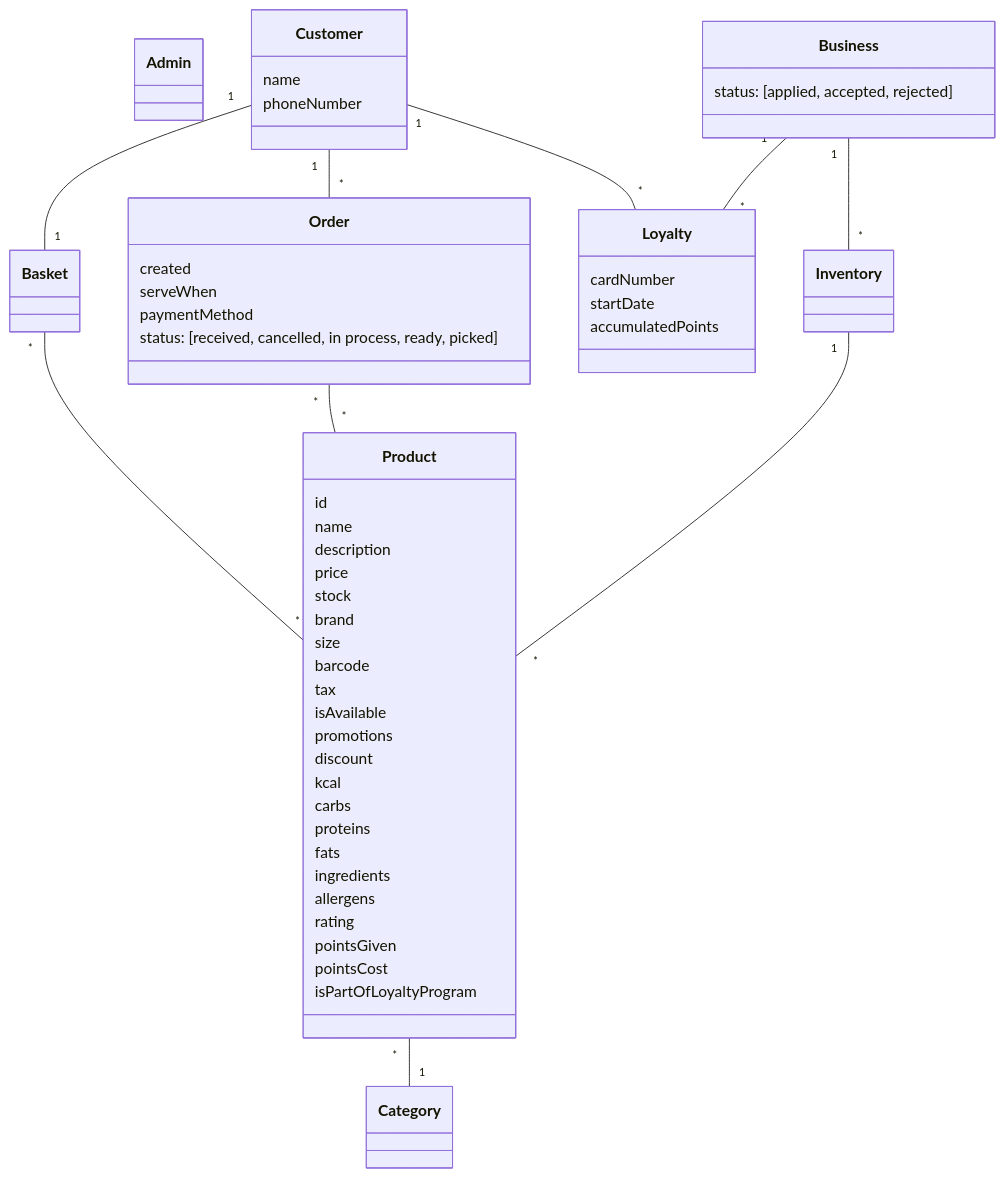
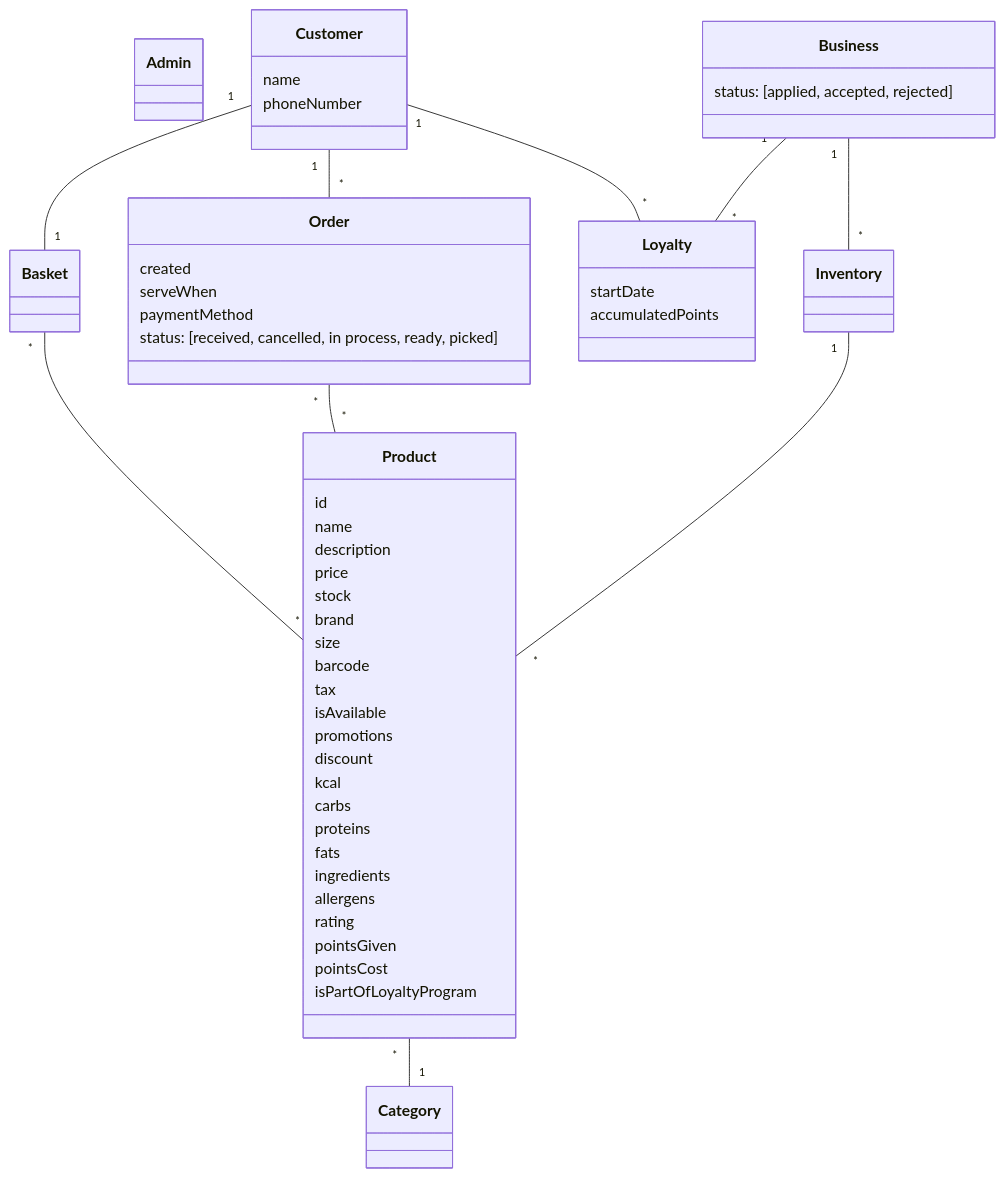
The diagram in README.md (UdL-EPS-SoftArch/mycoffe-api), drawn with Mermaid before and after one commit. The commit also changed 2 other files, not shown here.

Commit message:
fix: Replaced the cardNumber field to be completely id

````diff
--- a/README.md
+++ b/README.md
@@ -39,59 +39,58 @@
 ```mermaid
 classDiagram
 class Admin { }
 class Customer {
     name
     phoneNumber
 }
 class Basket { }
 class Order {
     created
     serveWhen
     paymentMethod
     status: [received, cancelled, in process, ready, picked]
 }
 class Business {
     status: [applied, accepted, rejected]
 }
 class Loyalty {
-    cardNumber
     startDate
     accumulatedPoints
 }
 class Inventory { }
 class Category { }
 class Product {
     id
     name
     description
     price
     stock
     brand
     size
     barcode
     tax
     isAvailable
     promotions
     discount
     kcal
     carbs
     proteins
     fats
     ingredients
     allergens
     rating
     pointsGiven
     pointsCost
     isPartOfLoyaltyProgram
 }
 
 Customer "1" -- "1" Basket
 Customer "1" -- "*" Order
 Customer "1" -- "*" Loyalty
 Basket "*" -- "*" Product
 Order "*" -- "*" Product
 Business "1" -- "*" Loyalty
 Business "1" -- "*" Inventory
 Inventory "1" -- "*" Product
 Product "*" -- "1" Category
 ```
````
